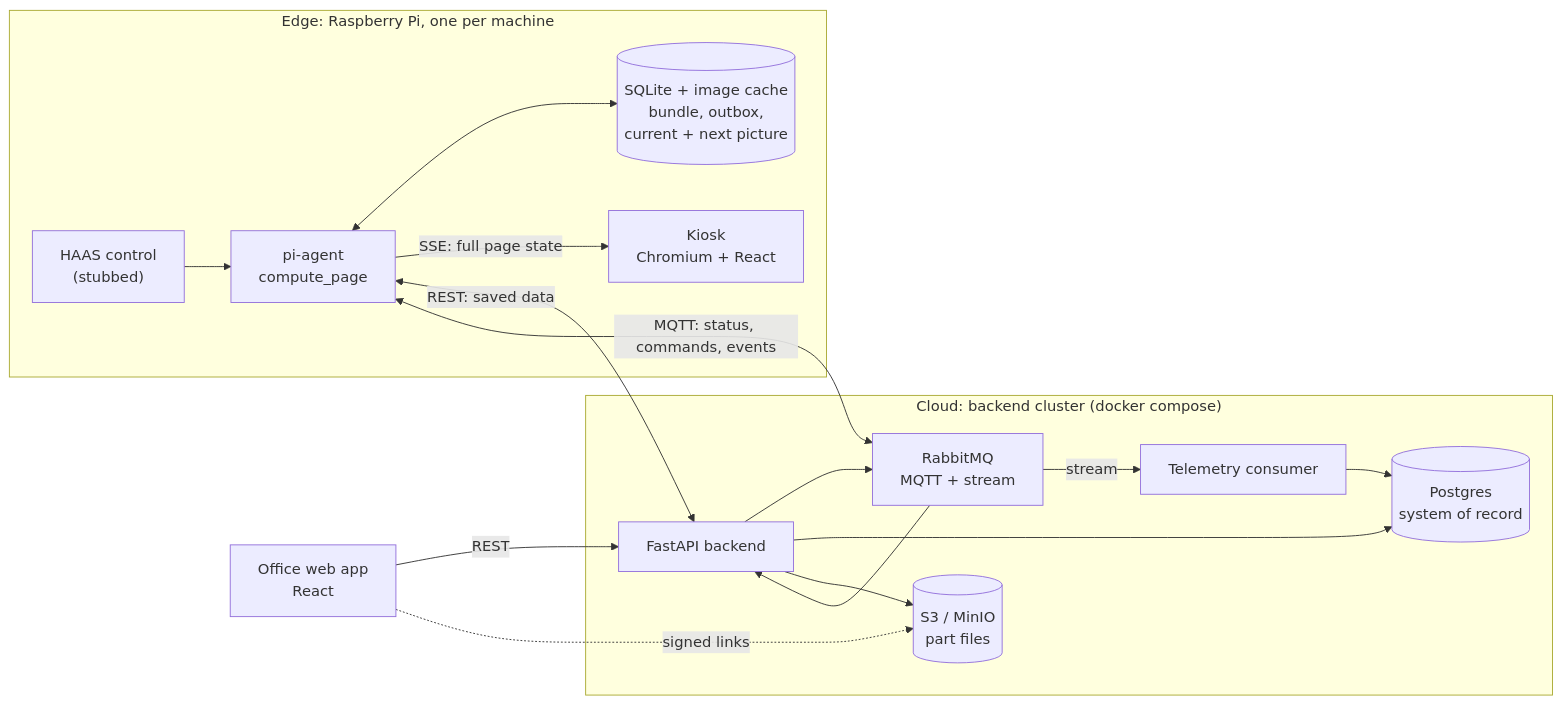
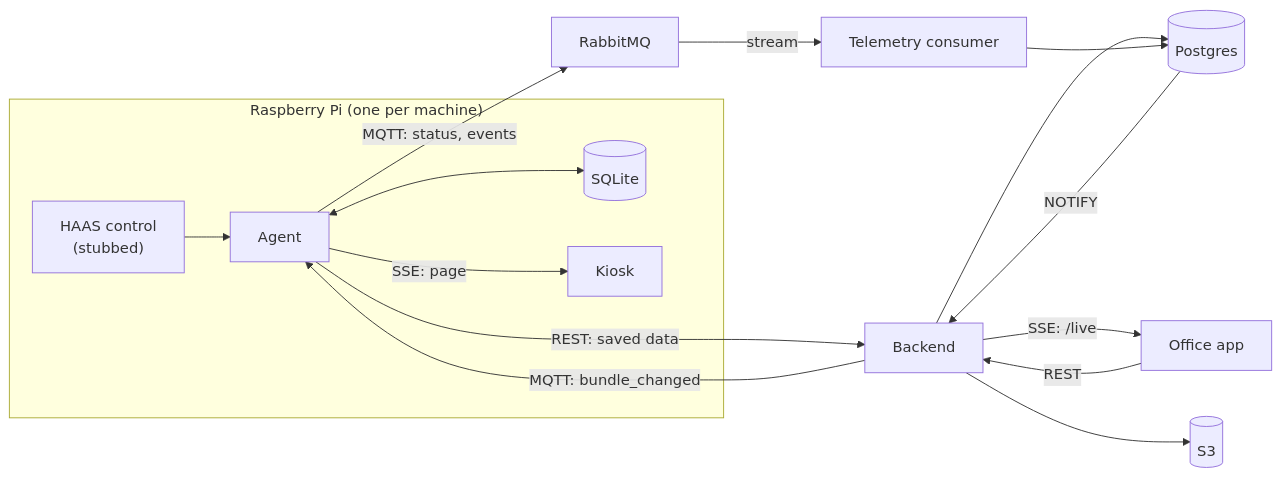
Before and after one commit to HarrisonOssias/cnc-automation: the first of 2 diagrams in README.md, drawn with Mermaid. The commit also changed other lines of this file and 8 other files, not shown here.

````diff
--- a/README.md
+++ b/README.md
@@ -83,25 +71,18 @@
 ```mermaid
 flowchart LR
-  subgraph Edge["Edge: Raspberry Pi, one per machine"]
-    HAAS["HAAS control<br/>(stubbed)"] --> Agent["pi-agent<br/>compute_page"]
-    Agent <--> Cache[("SQLite + image cache<br/>bundle, outbox,<br/>current + next picture")]
-    Agent -- "SSE: full page state" --> Kiosk["Kiosk<br/>Chromium + React"]
+  subgraph Pi["Raspberry Pi (one per machine)"]
+    HAAS["HAAS control<br/>(stubbed)"] --> Agent["Agent"]
+    Agent <--> SQLite[("SQLite")]
+    Agent -- "SSE: page" --> Kiosk["Kiosk"]
   end
-  subgraph Cloud["Cloud: backend cluster (docker compose)"]
-    Rabbit["RabbitMQ<br/>MQTT + stream"]
-    API["FastAPI backend"]
-    Telemetry["Telemetry consumer"]
-    PG[("Postgres<br/>system of record")]
-    S3[("S3 / MinIO<br/>part files")]
-    Rabbit --> API
-    API --> Rabbit
-    Rabbit -- "stream" --> Telemetry
-    API --> PG
-    Telemetry --> PG
-    API --> S3
-  end
-  Web["Office web app<br/>React"] -- "REST" --> API
-  Web -. "signed links" .-> S3
-  Agent <-- "REST: saved data" --> API
-  Agent <-- "MQTT: status, commands, events" --> Rabbit
+  Agent -- "REST: saved data" --> API["Backend"]
+  API -- "MQTT: bundle_changed" --> Agent
+  Agent -- "MQTT: status, events" --> Rabbit["RabbitMQ"]
+  Rabbit -- "stream" --> Consumer["Telemetry consumer"]
+  API --> PG[("Postgres")]
+  Consumer --> PG
+  PG -- "NOTIFY" --> API
+  API -- "SSE: /live" --> Office["Office app"]
+  Office -- "REST" --> API
+  API --> S3[("S3")]
 ```
````
